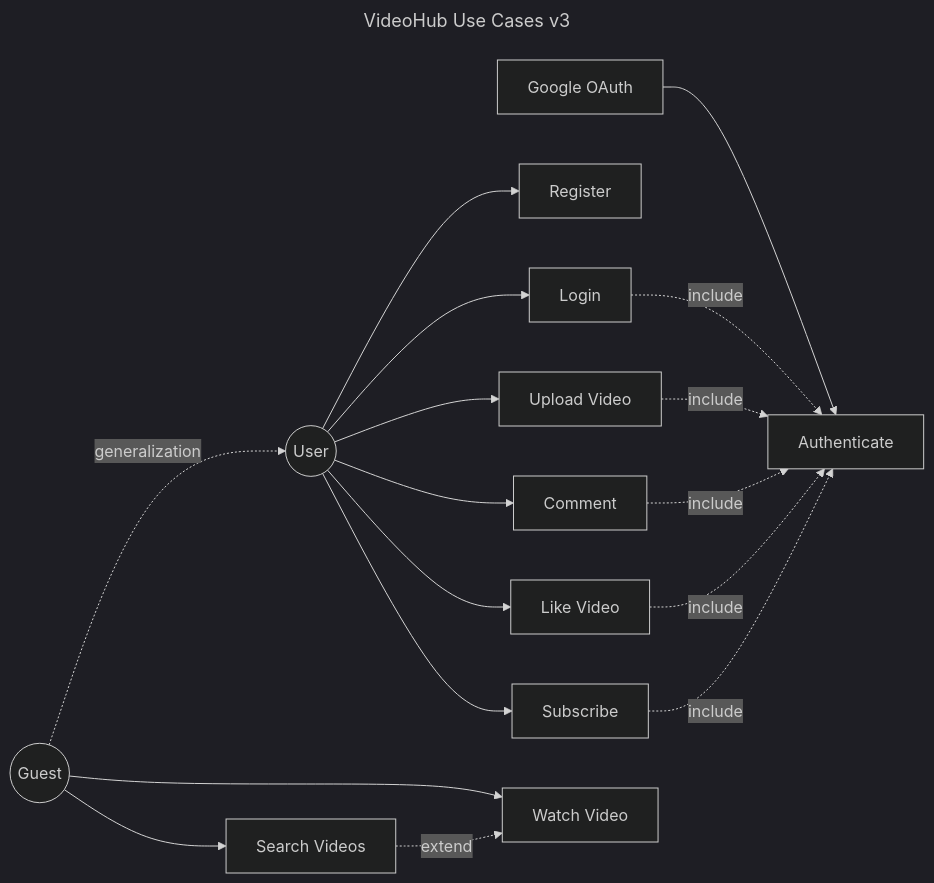
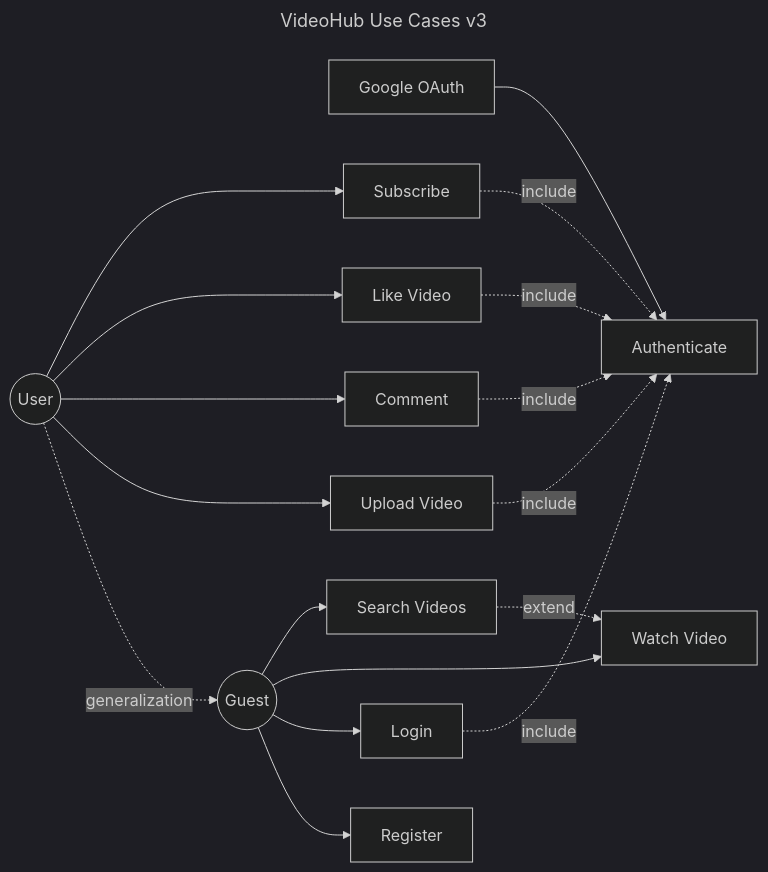
Before and after one commit to ezpectus/kpi2__Mavpz-Labs: the diagram in Labs/lab2-usecases/model/usecase.mmd, drawn with Mermaid (dark theme). The commit also changed 4 other files, not shown here.

Commit message:
lab2: spec+model - guest owns register/login + generalization direction fix

```diff
--- a/Labs/lab2-usecases/model/usecase.mmd
+++ b/Labs/lab2-usecases/model/usecase.mmd
@@ -1,36 +1,36 @@
 ---
 title: VideoHub Use Cases v3
 ---
 graph LR
     Guest((Guest))
     User((User))
     Google[Google OAuth]
 
-    Guest -.->|generalization| User
+    User -.->|generalization| Guest
 
     UC1[Register]
     UC2[Login]
     UC3[Upload Video]
     UC4[Watch Video]
     UC5[Comment]
     UC6[Like Video]
     UC7[Subscribe]
     UC8[Search Videos]
     UC9[Authenticate]
 
+    Guest --> UC1
+    Guest --> UC2
     Guest --> UC4
     Guest --> UC8
-    User --> UC1
-    User --> UC2
     User --> UC3
     User --> UC5
     User --> UC6
     User --> UC7
     Google --> UC9
 
     UC2 -.->|include| UC9
     UC3 -.->|include| UC9
     UC5 -.->|include| UC9
     UC6 -.->|include| UC9
     UC7 -.->|include| UC9
     UC8 -.->|extend| UC4
```
